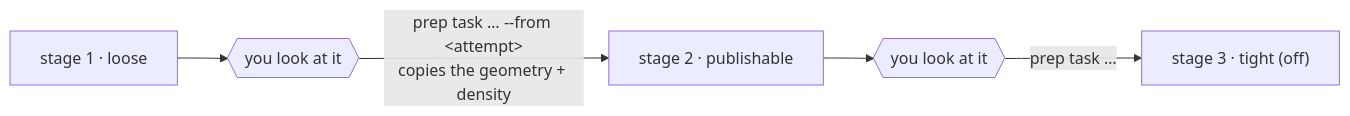
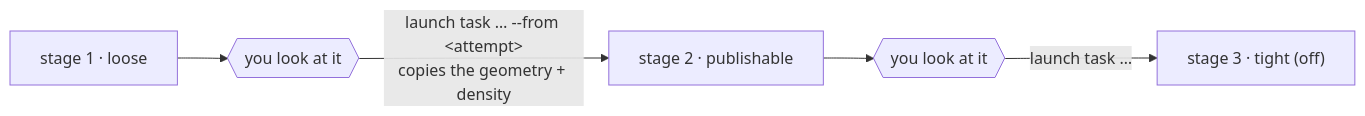
One commit to Qing-LAB/molbuilder changed the fourth of 4 diagrams in docs/engines/tuning.md. Above: the diagram before and after it, drawn with Mermaid. The commit also changed other lines of this file and 282 other files, not shown here.

````diff
--- a/docs/engines/tuning.md
+++ b/docs/engines/tuning.md
@@ -924,6 +924,6 @@
 ```mermaid
 flowchart LR
     S1["stage 1 · loose"] --> L1{{"you look at it"}}
-    L1 -->|"prep task … --from &lt;attempt&gt;<br/>copies the geometry + density"| S2["stage 2 · publishable"]
-    S2 --> L2{{"you look at it"}} -->|"prep task …"| S3["stage 3 · tight (off)"]
+    L1 -->|"launch task … --from &lt;attempt&gt;<br/>copies the geometry + density"| S2["stage 2 · publishable"]
+    S2 --> L2{{"you look at it"}} -->|"launch task …"| S3["stage 3 · tight (off)"]
 ```
````
